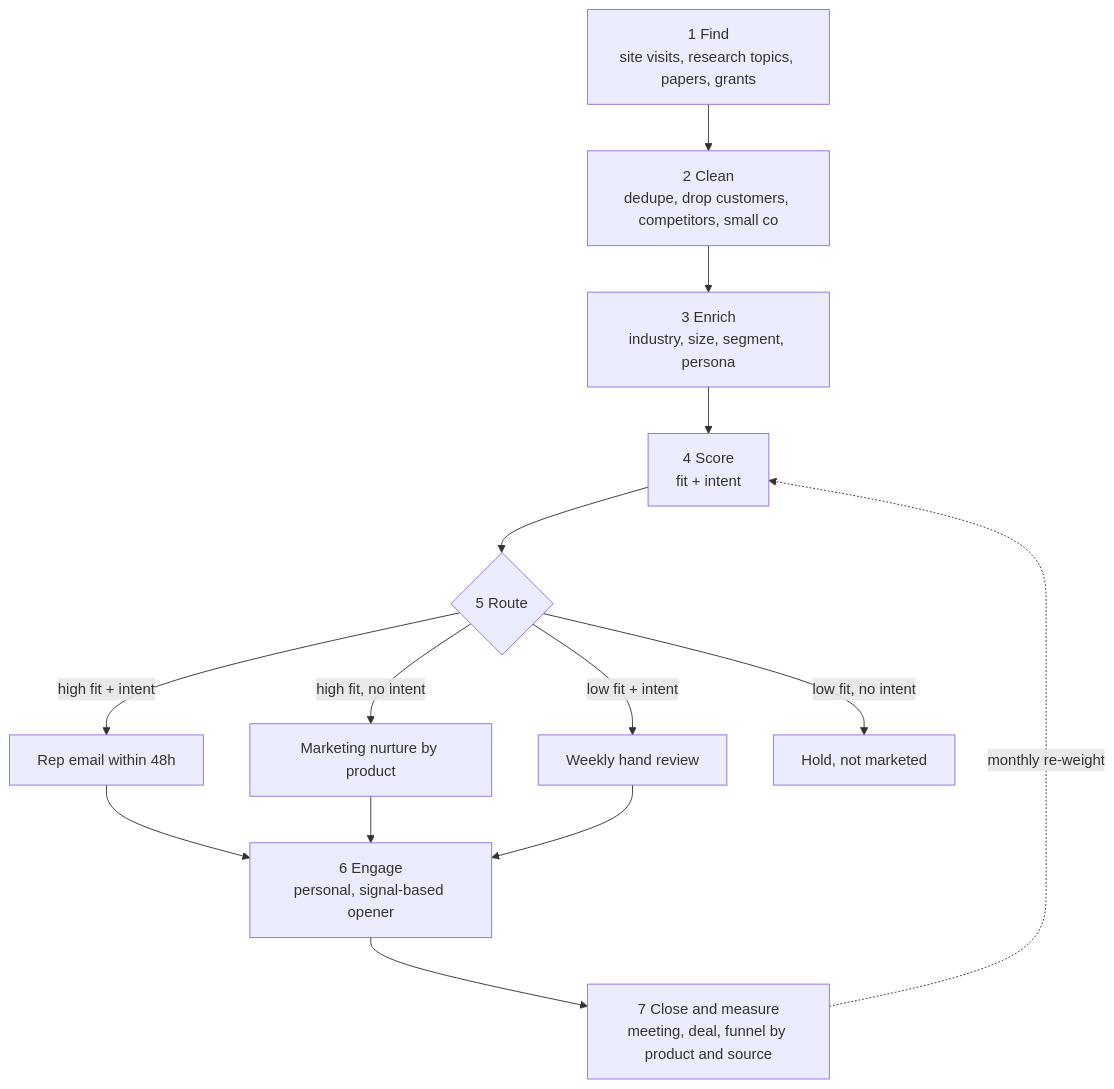
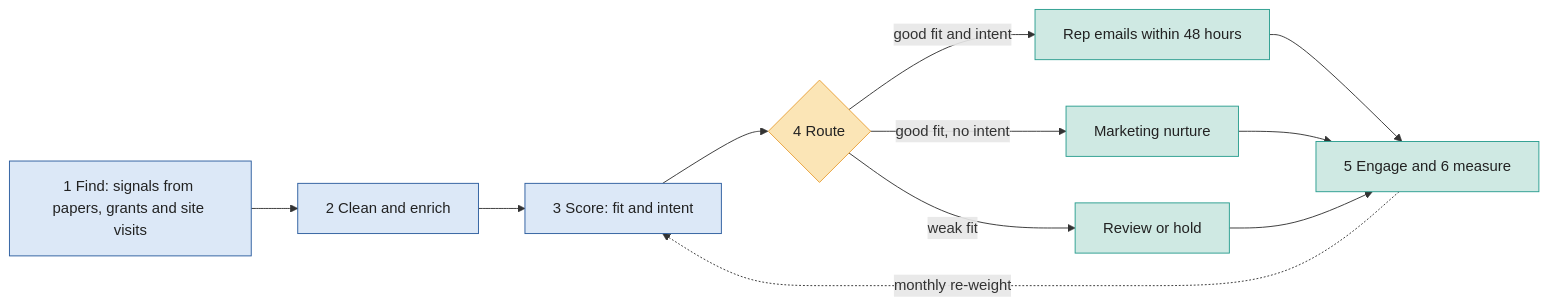
Before and after one commit to rbanola1/GTM-Strategy: the diagram in 01-outbound-gtm-engine/diagrams/lead_journey.md, drawn with Mermaid. The commit also changed other lines of this file and 1 other file, not shown here.

Commit message:
Simplify four dense diagrams to 5-8 boxes; keep full-detail versions alongside

````diff
--- a/01-outbound-gtm-engine/diagrams/lead_journey.md
+++ b/01-outbound-gtm-engine/diagrams/lead_journey.md
@@ -3,16 +3,19 @@
 ```mermaid
-flowchart TD
-    A[1 Find<br/>site visits, research topics, papers, grants] --> B[2 Clean<br/>dedupe, drop customers, competitors, small co]
-    B --> C[3 Enrich<br/>industry, size, segment, persona]
-    C --> D[4 Score<br/>fit + intent]
-    D --> E{5 Route}
-    E -->|high fit + intent| F[Rep email within 48h]
-    E -->|high fit, no intent| G[Marketing nurture by product]
-    E -->|low fit + intent| H[Weekly hand review]
-    E -->|low fit, no intent| I[Hold, not marketed]
-    F --> J[6 Engage<br/>personal, signal-based opener]
-    G --> J
-    H --> J
-    J --> K[7 Close and measure<br/>meeting, deal, funnel by product and source]
-    K -.->|monthly re-weight| D
+flowchart LR
+    A["1 Find: signals from papers, grants and site visits"] --> B["2 Clean and enrich"]
+    B --> C["3 Score: fit and intent"]
+    C --> D{"4 Route"}
+    D -->|"good fit and intent"| E["Rep emails within 48 hours"]
+    D -->|"good fit, no intent"| F["Marketing nurture"]
+    D -->|"weak fit"| G["Review or hold"]
+    E --> H["5 Engage and 6 measure"]
+    F --> H
+    G --> H
+    H -.->|"monthly re-weight"| C
+    classDef a fill:#DCE8F7,stroke:#2B5C9E,color:#222
+    classDef g fill:#CFE9E3,stroke:#2A9D8F,color:#222
+    classDef y fill:#FBE5B6,stroke:#E9A23B,color:#222
+    class A,B,C a
+    class D y
+    class E,F,G,H g
 ```
````
